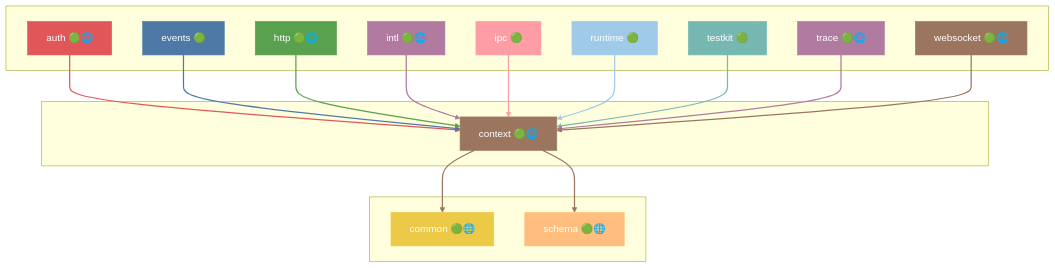
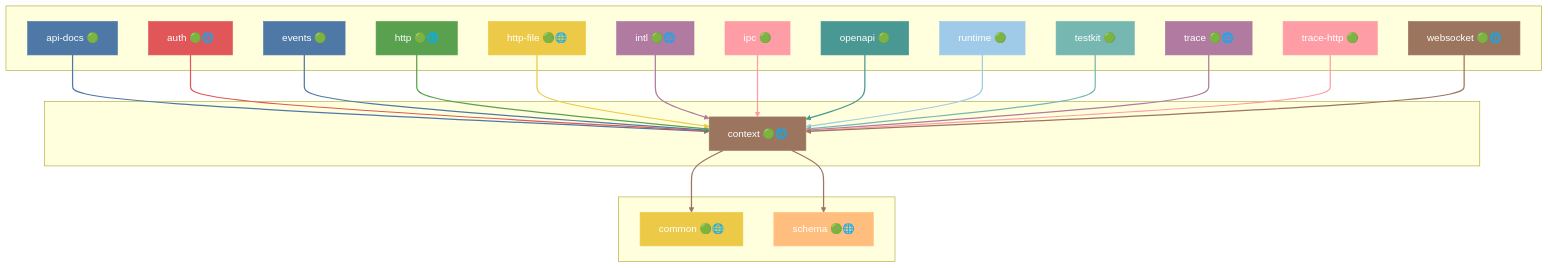
One commit to grest-ts/grest-ts changed the tenth of 46 diagrams in docs/DEPENDENCIES.md. Above: the diagram before and after it, drawn with Mermaid. The commit also changed other lines of this file and 15 other files, not shown here.

First line of the commit message:
Update docs to unified middleware API; refresh dependency graph

````diff
--- a/docs/DEPENDENCIES.md
+++ b/docs/DEPENDENCIES.md
@@ -681,55 +683,71 @@
 ```mermaid
 flowchart TB
     subgraph Dependents[" "]
+        api-docs["api-docs 🟢"]
         auth["auth 🟢🌐"]
         events["events 🟢"]
         http["http 🟢🌐"]
+        http-file["http-file 🟢🌐"]
         intl["intl 🟢🌐"]
         ipc["ipc 🟢"]
+        openapi["openapi 🟢"]
         runtime["runtime 🟢"]
         testkit["testkit 🟢"]
         trace["trace 🟢🌐"]
+        trace-http["trace-http 🟢"]
         websocket["websocket 🟢🌐"]
     end
     subgraph Package[" "]
         context["context 🟢🌐"]
     end
     subgraph Dependencies[" "]
         common["common 🟢🌐"]
         schema["schema 🟢🌐"]
     end
+    api-docs --> context
     auth --> context
     events --> context
     http --> context
+    http-file --> context
     intl --> context
     ipc --> context
+    openapi --> context
     runtime --> context
     testkit --> context
     trace --> context
+    trace-http --> context
     websocket --> context
     context --> common
     context --> schema
     style context fill:#9C755F,stroke:#9C755F,color:#fff
+    style api-docs fill:#4E79A7,stroke:#4E79A7,color:#fff
     style auth fill:#E15759,stroke:#E15759,color:#fff
     style events fill:#4E79A7,stroke:#4E79A7,color:#fff
     style http fill:#59A14F,stroke:#59A14F,color:#fff
+    style http-file fill:#EDC948,stroke:#EDC948,color:#fff
     style intl fill:#B07AA1,stroke:#B07AA1,color:#fff
     style ipc fill:#FF9DA7,stroke:#FF9DA7,color:#fff
+    style openapi fill:#499894,stroke:#499894,color:#fff
     style runtime fill:#A0CBE8,stroke:#A0CBE8,color:#fff
     style testkit fill:#76B7B2,stroke:#76B7B2,color:#fff
     style trace fill:#B07AA1,stroke:#B07AA1,color:#fff
+    style trace-http fill:#FF9DA7,stroke:#FF9DA7,color:#fff
     style websocket fill:#9C755F,stroke:#9C755F,color:#fff
     style common fill:#EDC948,stroke:#EDC948,color:#fff
     style schema fill:#FFBE7D,stroke:#FFBE7D,color:#fff
-    linkStyle 0 stroke:#E15759,stroke-width:2px
-    linkStyle 1 stroke:#4E79A7,stroke-width:2px
-    linkStyle 2 stroke:#59A14F,stroke-width:2px
-    linkStyle 3 stroke:#B07AA1,stroke-width:2px
-    linkStyle 4 stroke:#FF9DA7,stroke-width:2px
-    linkStyle 5 stroke:#A0CBE8,stroke-width:2px
-    linkStyle 6 stroke:#76B7B2,stroke-width:2px
-    linkStyle 7 stroke:#B07AA1,stroke-width:2px
-    linkStyle 8 stroke:#9C755F,stroke-width:2px
-    linkStyle 9 stroke:#9C755F,stroke-width:2px
-    linkStyle 10 stroke:#9C755F,stroke-width:2px
+    linkStyle 0 stroke:#4E79A7,stroke-width:2px
+    linkStyle 1 stroke:#E15759,stroke-width:2px
+    linkStyle 2 stroke:#4E79A7,stroke-width:2px
+    linkStyle 3 stroke:#59A14F,stroke-width:2px
+    linkStyle 4 stroke:#EDC948,stroke-width:2px
+    linkStyle 5 stroke:#B07AA1,stroke-width:2px
+    linkStyle 6 stroke:#FF9DA7,stroke-width:2px
+    linkStyle 7 stroke:#499894,stroke-width:2px
+    linkStyle 8 stroke:#A0CBE8,stroke-width:2px
+    linkStyle 9 stroke:#76B7B2,stroke-width:2px
+    linkStyle 10 stroke:#B07AA1,stroke-width:2px
+    linkStyle 11 stroke:#FF9DA7,stroke-width:2px
+    linkStyle 12 stroke:#9C755F,stroke-width:2px
+    linkStyle 13 stroke:#9C755F,stroke-width:2px
+    linkStyle 14 stroke:#9C755F,stroke-width:2px
 ```
````
